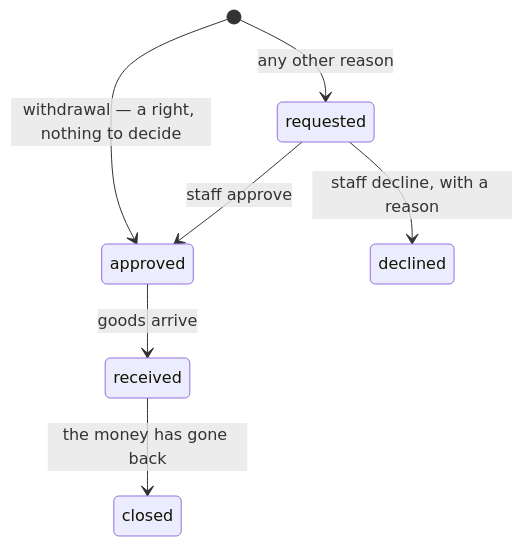
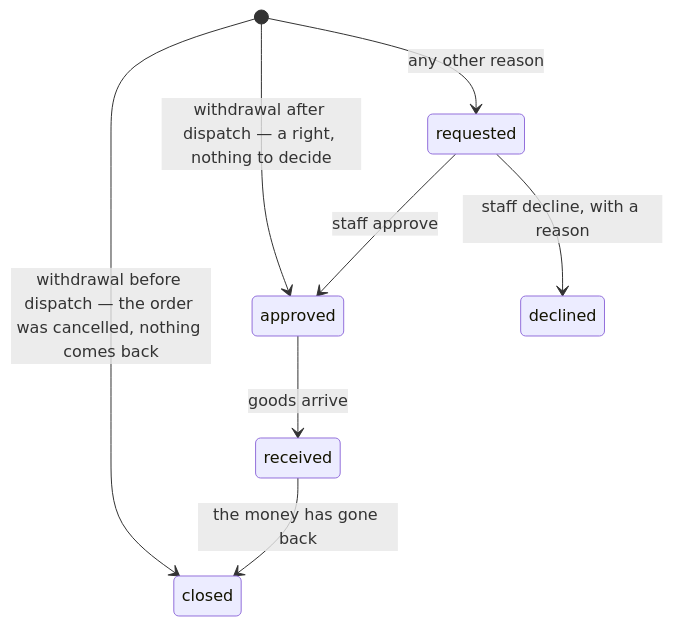
Before and after one commit to Guebbit/boilerplate-node-backend: the second of 4 diagrams in docs/modules/returns.md, drawn with Mermaid. The commit also changed other lines of this file and 14 other files, not shown here.

First line of the commit message:
feat(returns)!: every withdrawal answers 201 with a Return, closed at birth before dispatch

````diff
--- a/docs/modules/returns.md
+++ b/docs/modules/returns.md
@@ -69,9 +69,10 @@
 ```mermaid
 stateDiagram-v2
-    [*] --> approved: withdrawal — a right, nothing to decide
+    [*] --> closed: withdrawal before dispatch — the order was cancelled, nothing comes back
+    [*] --> approved: withdrawal after dispatch — a right, nothing to decide
     [*] --> requested: any other reason
     requested --> approved: staff approve
     requested --> declined: staff decline, with a reason
     approved --> received: goods arrive
     received --> closed: the money has gone back
 ```
````
